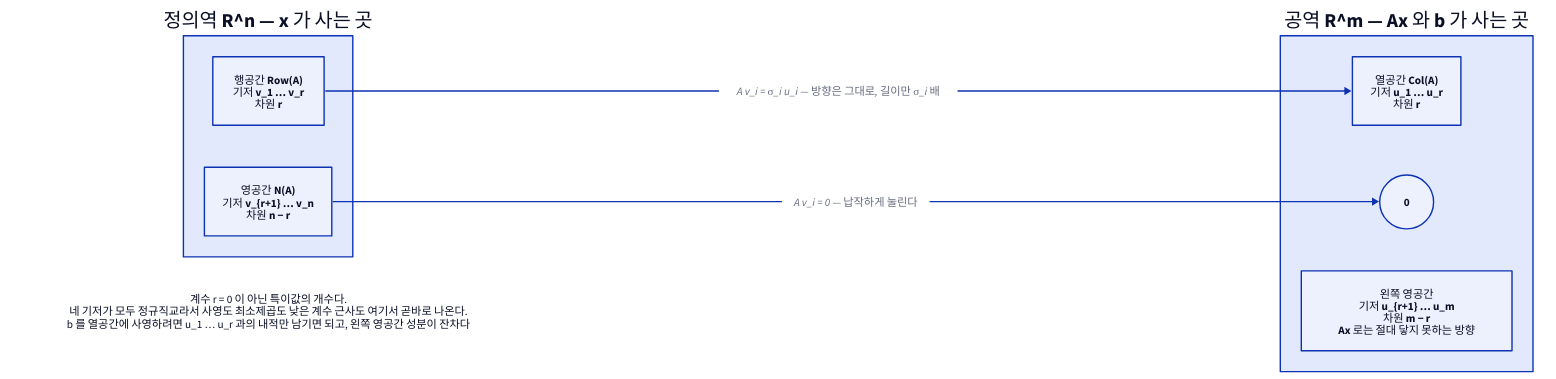
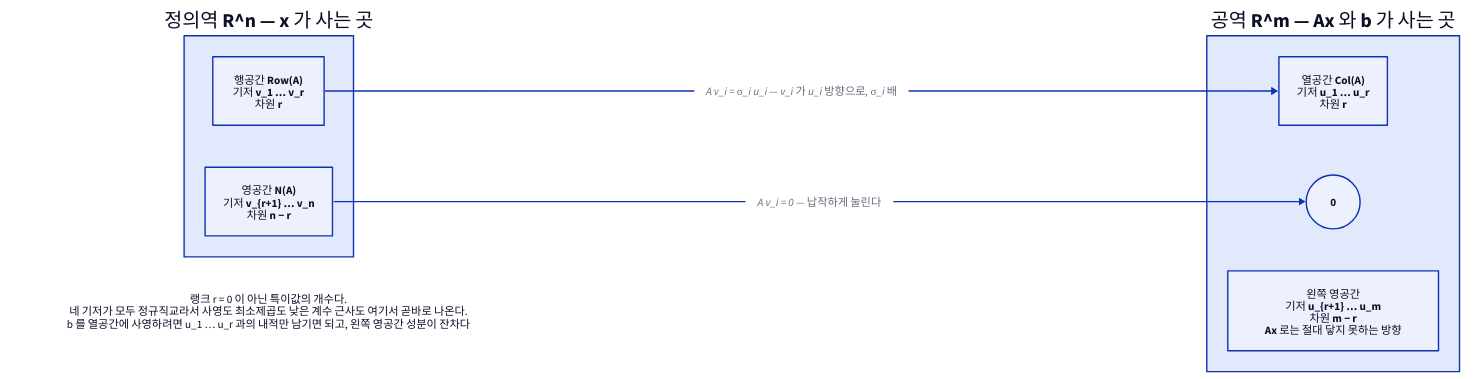
The diagram in d2/linear-algebra/la-in-svd-subspaces.d2 (Dong-gi/Dong-gi.github.io), drawn with D2 before and after one commit. The commit also changed 622 other files, not shown here.

```diff
--- a/d2/linear-algebra/la-in-svd-subspaces.d2
+++ b/d2/linear-algebra/la-in-svd-subspaces.d2
@@ -1,29 +1,29 @@
 # 특이값 분해가 네 부분공간을 한꺼번에 준다 — 선형대수 10장.
 #
 # 무엇을 읽어야 하나: 9장에서는 네 부분공간이 직교로 갈린다는 것만 알았다.
 # SVD 는 그 네 공간의 정규직교기저를 실제로 손에 쥐여 준다. V 의 앞쪽 r 개가
 # 행공간, 뒤쪽이 영공간, U 의 앞쪽 r 개가 열공간, 뒤쪽이 왼쪽 영공간이다.
 direction: right
 
 정의역: {
   label: "정의역 R^n — x 가 사는 곳"
   style.bold: true
   행공간: { label: "행공간 Row(A)\n기저 v_1 … v_r\n차원 r" }
   영공간: { label: "영공간 N(A)\n기저 v_{r+1} … v_n\n차원 n − r" }
 }
 
 공역: {
   label: "공역 R^m — Ax 와 b 가 사는 곳"
   style.bold: true
   열공간: { label: "열공간 Col(A)\n기저 u_1 … u_r\n차원 r" }
   영벡터: { label: "0"; shape: circle; style.bold: true }
   왼영: { label: "왼쪽 영공간\n기저 u_{r+1} … u_m\n차원 m − r\nAx 로는 절대 닿지 못하는 방향" }
 }
 
-정의역.행공간 -> 공역.열공간: "A v_i = σ_i u_i  — 방향은 그대로, 길이만 σ_i 배"
+정의역.행공간 -> 공역.열공간: "A v_i = σ_i u_i  — v_i 가 u_i 방향으로, σ_i 배"
 정의역.영공간 -> 공역.영벡터: "A v_i = 0  — 납작하게 눌린다"
 
 읽기: {
-  label: "계수 r = 0 이 아닌 특이값의 개수다.\n네 기저가 모두 정규직교라서 사영도 최소제곱도 낮은 계수 근사도 여기서 곧바로 나온다.\nb 를 열공간에 사영하려면 u_1 … u_r 과의 내적만 남기면 되고, 왼쪽 영공간 성분이 잔차다"
+  label: "랭크 r = 0 이 아닌 특이값의 개수다.\n네 기저가 모두 정규직교라서 사영도 최소제곱도 낮은 계수 근사도 여기서 곧바로 나온다.\nb 를 열공간에 사영하려면 u_1 … u_r 과의 내적만 남기면 되고, 왼쪽 영공간 성분이 잔차다"
   shape: text
 }
```
